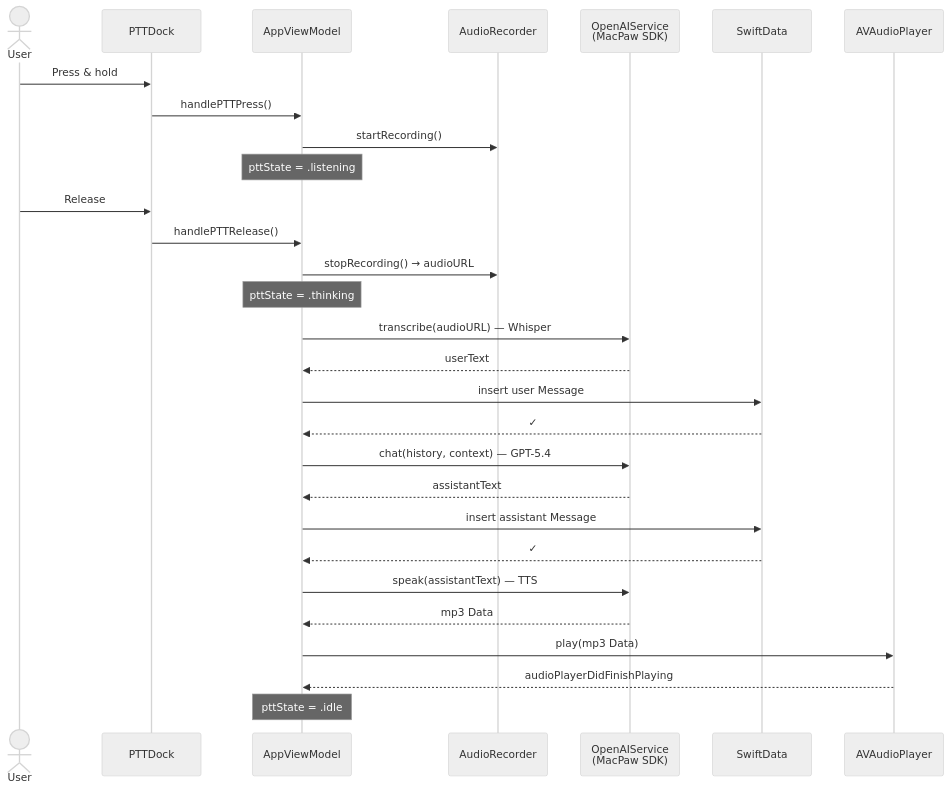
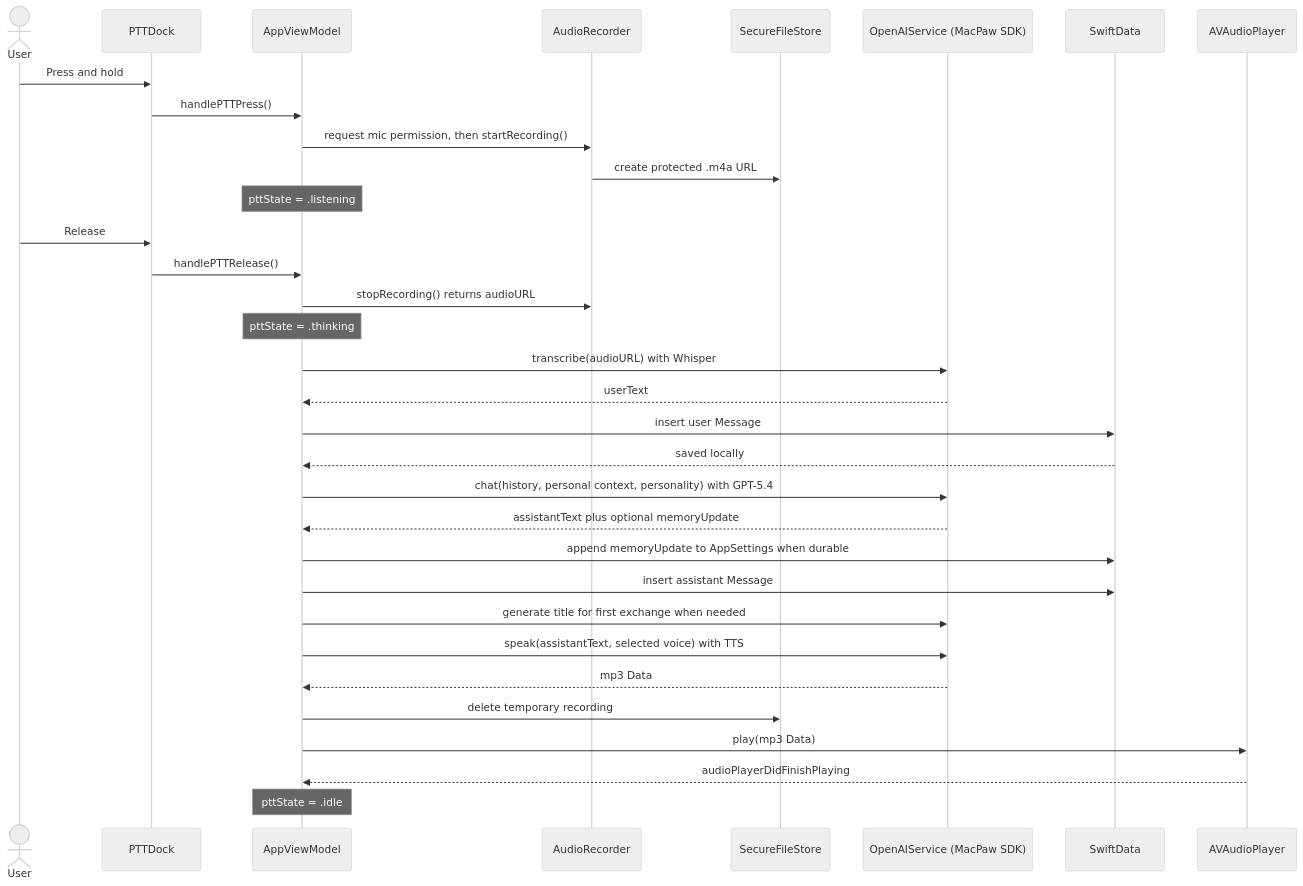
Before and after one commit to luisaugusto/VoiceGPT: the third of 4 diagrams in README.md, drawn with Mermaid (neutral theme). The commit also changed other lines of this file, not shown here.

Commit message:
Update README for current VoiceGPT features (#19)

````diff
--- a/README.md
+++ b/README.md
@@ -94,39 +96,43 @@
 ```mermaid
 sequenceDiagram
     actor User
     participant PTTDock
     participant AppViewModel
     participant AudioRecorder
-    participant OpenAIService as OpenAIService<br/>(MacPaw SDK)
+    participant SecureFileStore
+    participant OpenAIService as OpenAIService (MacPaw SDK)
     participant SwiftData
     participant AVAudioPlayer
 
-    User->>PTTDock: Press & hold
+    User->>PTTDock: Press and hold
     PTTDock->>AppViewModel: handlePTTPress()
-    AppViewModel->>AudioRecorder: startRecording()
+    AppViewModel->>AudioRecorder: request mic permission, then startRecording()
+    AudioRecorder->>SecureFileStore: create protected .m4a URL
     Note over AppViewModel: pttState = .listening
 
     User->>PTTDock: Release
     PTTDock->>AppViewModel: handlePTTRelease()
-    AppViewModel->>AudioRecorder: stopRecording() → audioURL
+    AppViewModel->>AudioRecorder: stopRecording() returns audioURL
     Note over AppViewModel: pttState = .thinking
 
-    AppViewModel->>OpenAIService: transcribe(audioURL) — Whisper
+    AppViewModel->>OpenAIService: transcribe(audioURL) with Whisper
     OpenAIService-->>AppViewModel: userText
 
     AppViewModel->>SwiftData: insert user Message
-    SwiftData-->>AppViewModel: ✓
+    SwiftData-->>AppViewModel: saved locally
 
-    AppViewModel->>OpenAIService: chat(history, context) — GPT-5.4
-    OpenAIService-->>AppViewModel: assistantText
+    AppViewModel->>OpenAIService: chat(history, personal context, personality) with GPT-5.4
+    OpenAIService-->>AppViewModel: assistantText plus optional memoryUpdate
 
+    AppViewModel->>SwiftData: append memoryUpdate to AppSettings when durable
     AppViewModel->>SwiftData: insert assistant Message
-    SwiftData-->>AppViewModel: ✓
+    AppViewModel->>OpenAIService: generate title for first exchange when needed
 
-    AppViewModel->>OpenAIService: speak(assistantText) — TTS
+    AppViewModel->>OpenAIService: speak(assistantText, selected voice) with TTS
     OpenAIService-->>AppViewModel: mp3 Data
+    AppViewModel->>SecureFileStore: delete temporary recording
 
     AppViewModel->>AVAudioPlayer: play(mp3 Data)
     AVAudioPlayer-->>AppViewModel: audioPlayerDidFinishPlaying
     Note over AppViewModel: pttState = .idle
 ```
````
